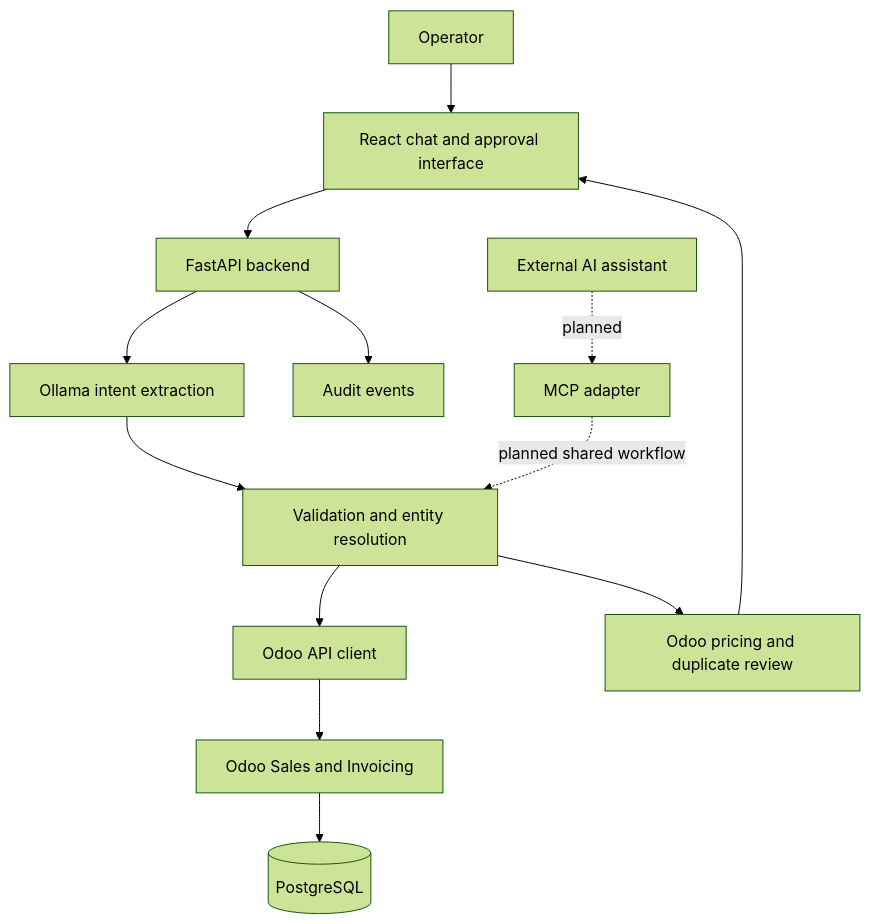
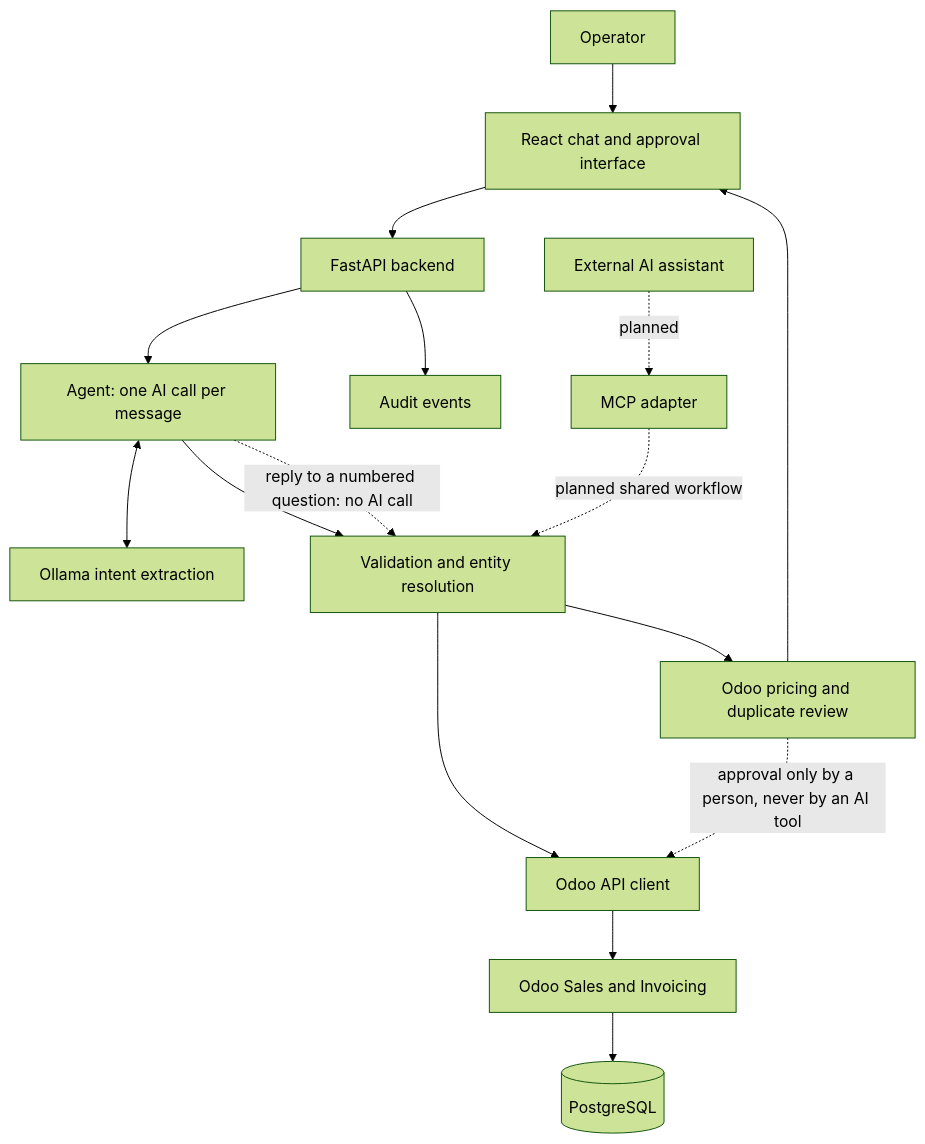
The first of 2 diagrams in documentation/our-work/design/BLUEPRINT.md (Floydgodlieb/AI-Integrated-ERP), drawn with Mermaid (forest theme) before and after one commit. The commit also changed other lines of this file and 10 other files, not shown here.

First line of the commit message:
PRD and blueprint 1.1 with review changes, as readable HTML; build plan follows the delivery sequence

````diff
--- a/documentation/our-work/design/BLUEPRINT.md
+++ b/documentation/our-work/design/BLUEPRINT.md
@@ -15,15 +15,18 @@
 ```mermaid
 flowchart TD
   U[Operator] --> UI[React chat and approval interface]
   UI --> API[FastAPI backend]
-  API --> AI[Ollama intent extraction]
-  AI --> V[Validation and entity resolution]
+  API --> AG[Agent: one AI call per message]
+  AG <--> AI[Ollama intent extraction]
+  AG --> V[Validation and entity resolution]
+  AG -. reply to a numbered question: no AI call .-> V
   V --> O[Odoo API client]
   O --> ERP[Odoo Sales and Invoicing]
   ERP --> DB[(PostgreSQL)]
   V --> REVIEW[Odoo pricing and duplicate review]
   REVIEW --> UI
   API --> AUDIT[Audit events]
   EXT[External AI assistant] -. planned .-> MCP[MCP adapter]
   MCP -. planned shared workflow .-> V
+  REVIEW -. approval only by a person, never by an AI tool .-> O
 ```
````
